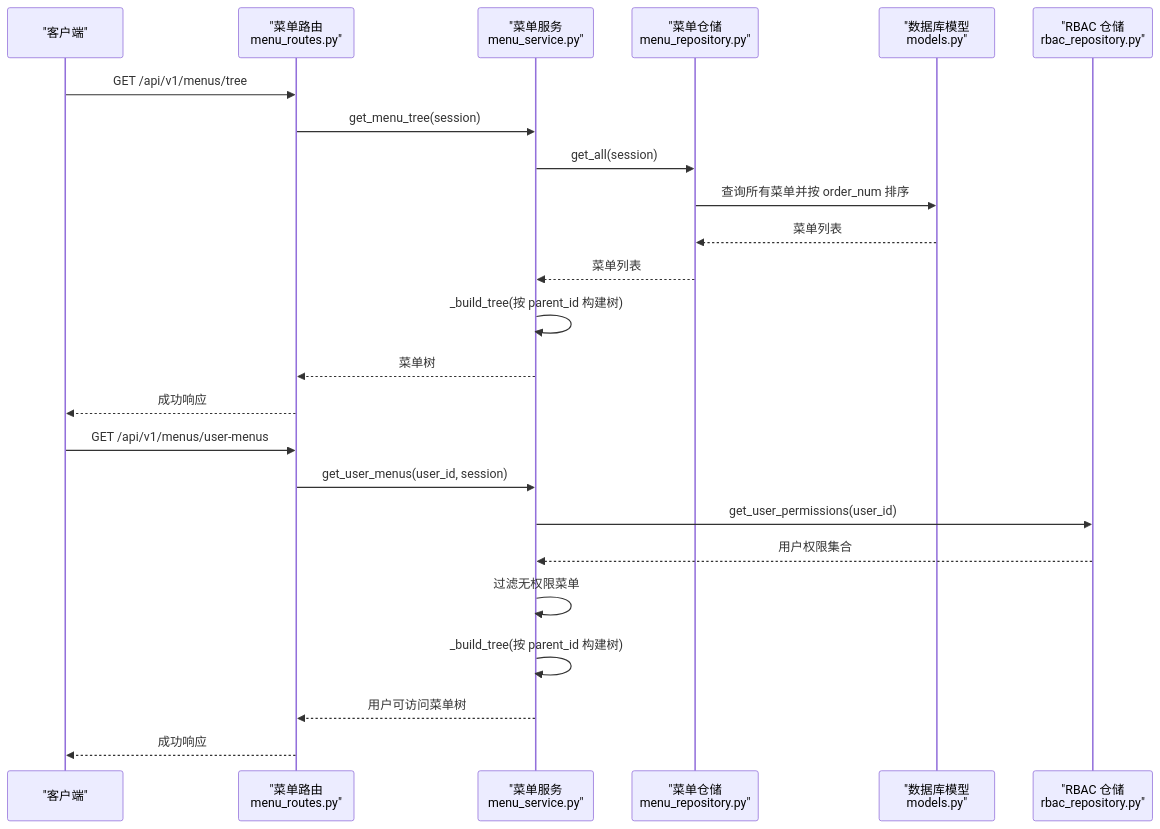
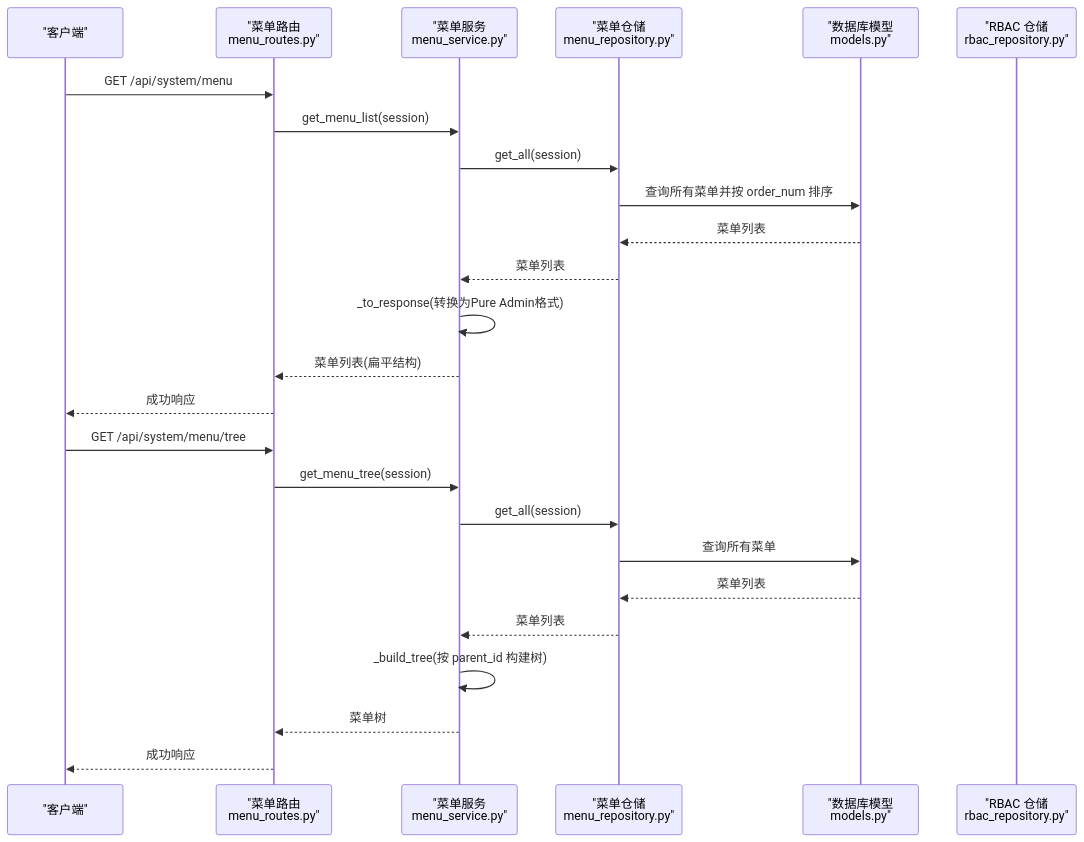
One commit to taoweidong/Hello-FastApi changed the second of 9 diagrams in .qoder/repowiki/zh/content/数据库设计/数据模型设计/菜单实体模型.md. Above: the diagram before and after it, drawn with Mermaid. The commit also changed other lines of this file and 11 other files, not shown here.

````diff
--- a/.qoder/repowiki/zh/content/数据库设计/数据模型设计/菜单实体模型.md
+++ b/.qoder/repowiki/zh/content/数据库设计/数据模型设计/菜单实体模型.md
@@ -103,26 +119,27 @@
 ```mermaid
 sequenceDiagram
 participant Client as "客户端"
 participant API as "菜单路由<br/>menu_routes.py"
 participant Service as "菜单服务<br/>menu_service.py"
 participant Repo as "菜单仓储<br/>menu_repository.py"
 participant DB as "数据库模型<br/>models.py"
 participant RBAC as "RBAC 仓储<br/>rbac_repository.py"
-Client->>API : GET /api/v1/menus/tree
+Client->>API : GET /api/system/menu
+API->>Service : get_menu_list(session)
+Service->>Repo : get_all(session)
+Repo->>DB : 查询所有菜单并按 order_num 排序
+DB-->>Repo : 菜单列表
+Repo-->>Service : 菜单列表
+Service->>Service : _to_response(转换为Pure Admin格式)
+Service-->>API : 菜单列表(扁平结构)
+API-->>Client : 成功响应
+Client->>API : GET /api/system/menu/tree
 API->>Service : get_menu_tree(session)
 Service->>Repo : get_all(session)
-Repo->>DB : 查询所有菜单并按 order_num 排序
+Repo->>DB : 查询所有菜单
 DB-->>Repo : 菜单列表
 Repo-->>Service : 菜单列表
 Service->>Service : _build_tree(按 parent_id 构建树)
 Service-->>API : 菜单树
 API-->>Client : 成功响应
-Client->>API : GET /api/v1/menus/user-menus
-API->>Service : get_user_menus(user_id, session)
-Service->>RBAC : get_user_permissions(user_id)
-RBAC-->>Service : 用户权限集合
-Service->>Service : 过滤无权限菜单
-Service->>Service : _build_tree(按 parent_id 构建树)
-Service-->>API : 用户可访问菜单树
-API-->>Client : 成功响应
 ```
````
